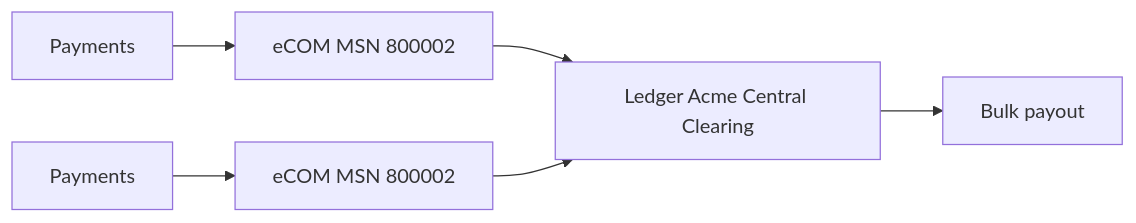
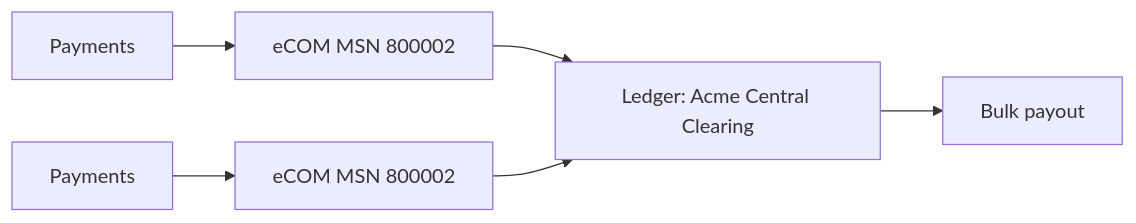
The second of 2 diagrams in api-guide/settlement.md (vippsas/vipps-report-api), drawn with Mermaid before and after one commit. The commit also changed other lines of this file, not shown here.

Commit message:
Add colons in ledger boxes

````diff
--- a/api-guide/settlement.md
+++ b/api-guide/settlement.md
@@ -95,10 +95,10 @@
 ``` mermaid
 flowchart LR
     Payment1[Payments]
     Payment2[Payments]
     Payment1 --> ecomMSN1[eCOM MSN 800002]
     Payment2 --> ecomMSN2[eCOM MSN 800002]
-    ecomMSN1 --> Ledger[Ledger Acme Central Clearing]
+    ecomMSN1 --> Ledger[Ledger: Acme Central Clearing]
     ecomMSN2 --> Ledger
     Ledger --> Bulk[Bulk payout]
 ```
````
